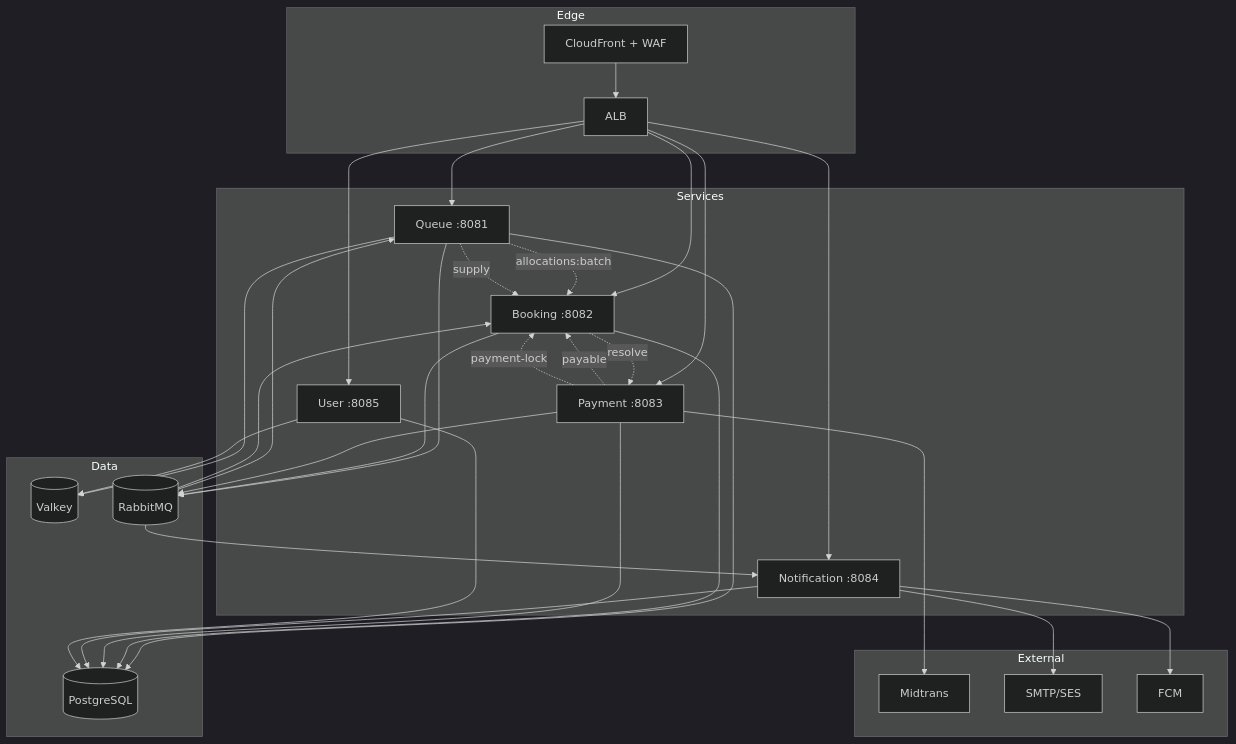
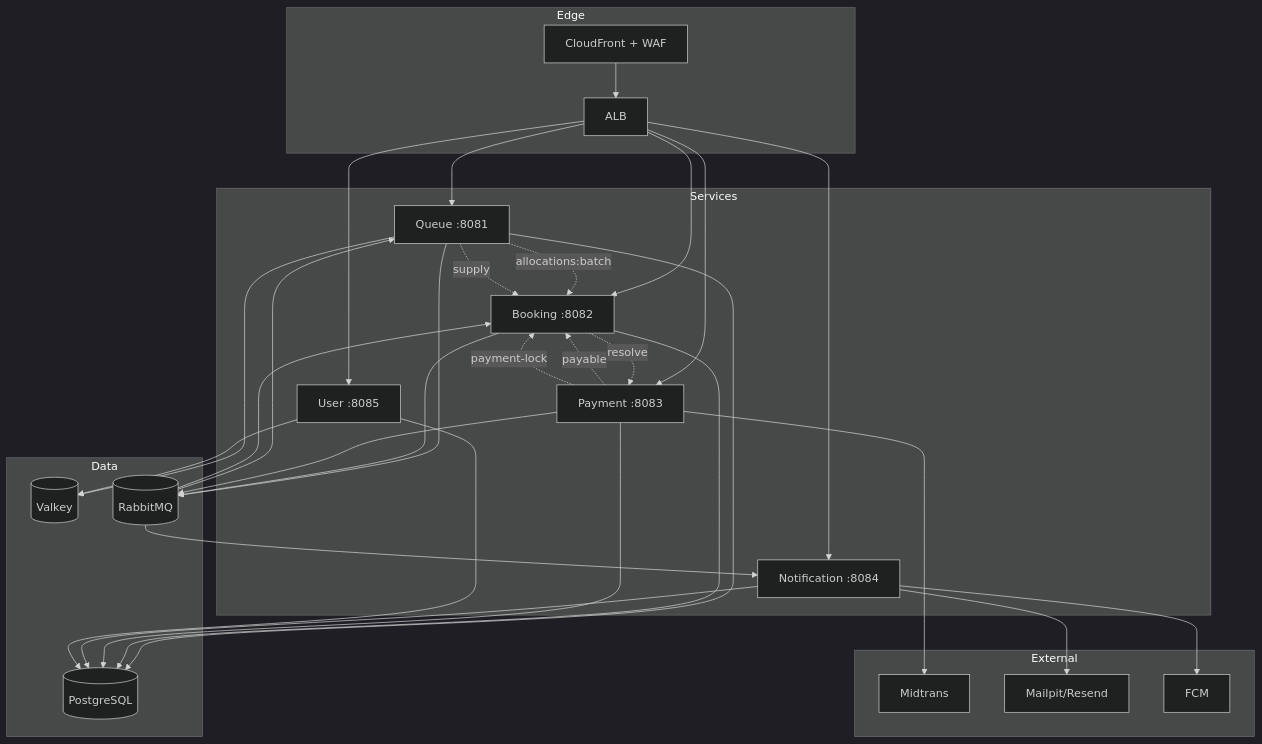
One commit to tiket-sampai-nonton/rusuh-booking-be changed diagram 16 of 23 in docs/analisa/04g-E2E-FLOW-DIAGRAMS-MERMAID.md. Above: the diagram before and after it, drawn with Mermaid (dark theme). The commit also changed other lines of this file and 11 other files, not shown here.

First line of the commit message:
Ganti SES dengan Resend dan tambah penyedia email dapat dipilih (spec notification R13)

````diff
--- a/docs/analisa/04g-E2E-FLOW-DIAGRAMS-MERMAID.md
+++ b/docs/analisa/04g-E2E-FLOW-DIAGRAMS-MERMAID.md
@@ -533,58 +533,58 @@
 ```mermaid
 flowchart TD
     subgraph Edge
         CF[CloudFront + WAF]
         ALB[ALB]
     end
     
     subgraph Services
         Q[Queue :8081]
         B[Booking :8082]
         P[Payment :8083]
         N[Notification :8084]
         U[User :8085]
     end
     
     subgraph Data
         PG[(PostgreSQL)]
         VK[(Valkey)]
         MQ[(RabbitMQ)]
     end
     
     subgraph External
         MT[Midtrans]
-        SMTP[SMTP/SES]
+        SMTP[Mailpit/Resend]
         FCM[FCM]
     end
     
     CF --> ALB
     ALB --> Q
     ALB --> B
     ALB --> P
     ALB --> N
     ALB --> U
     
     Q -.->|allocations:batch| B
     Q -.->|supply| B
     B -.->|resolve| P
     P -.->|payable| B
     P -.->|payment-lock| B
     
     Q --> VK
     Q --> PG
     B --> PG
     P --> PG
     P --> MT
     N --> PG
     N --> SMTP
     N --> FCM
     U --> PG
     U --> VK
     
     Q --> MQ
     B --> MQ
     P --> MQ
     MQ --> N
     MQ --> Q
     MQ --> B
 ```
````
